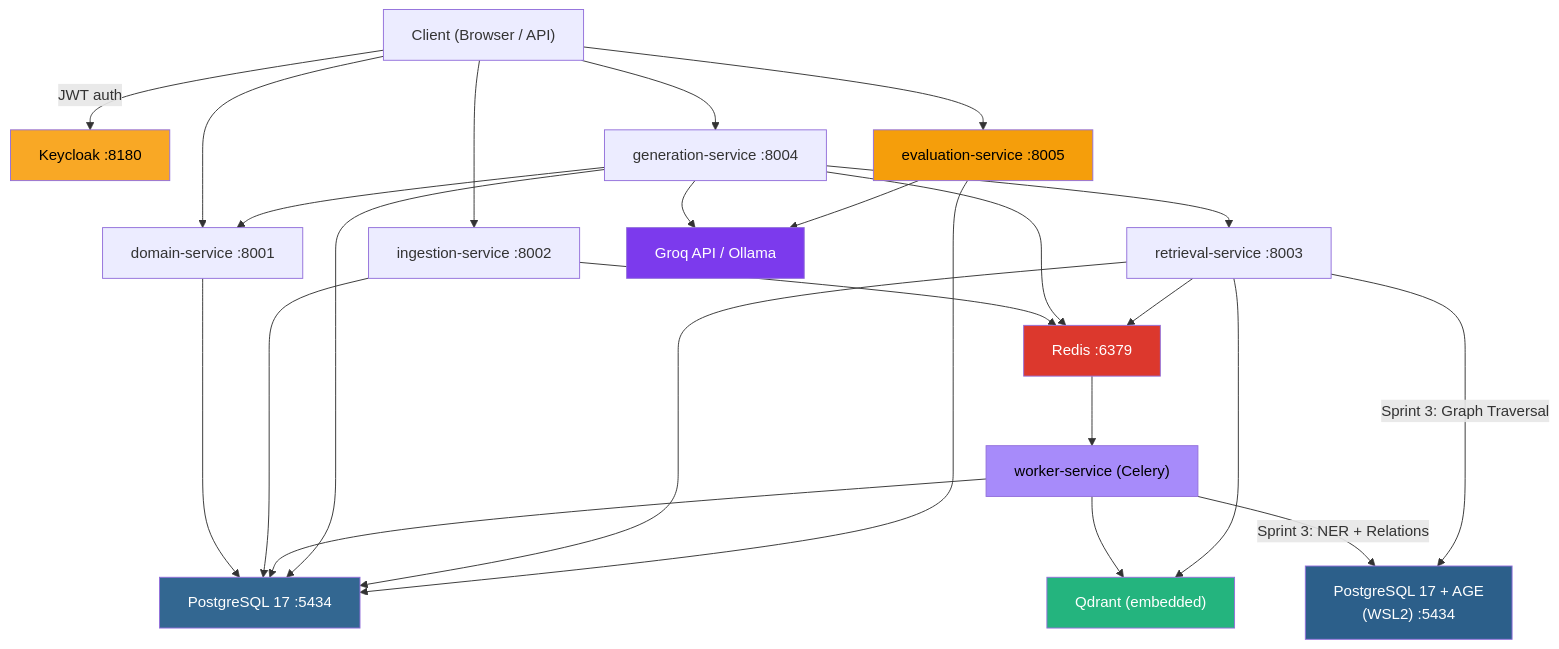
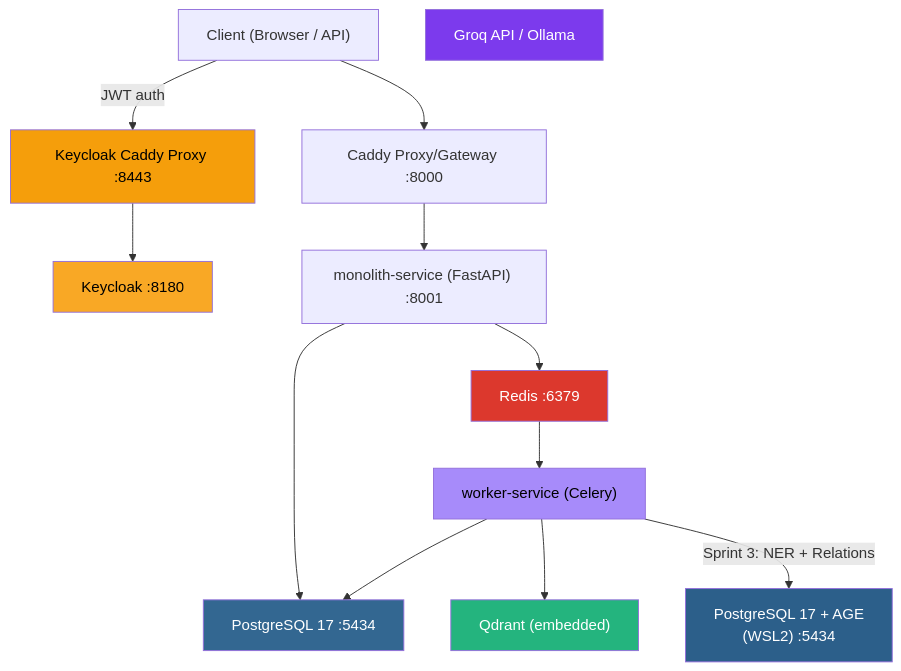
The first of 4 diagrams in README.md (Kyrollo/Chatbot-Fixed-Solutions-Rag-System), drawn with Mermaid before and after one commit. The commit also changed other lines of this file and 249 other files, not shown here.

````diff
--- a/README.md
+++ b/README.md
@@ -108,53 +93,35 @@
 ```mermaid
 flowchart TD
     Client["Client (Browser / API)"]
+    Caddy["Caddy Proxy/Gateway :8000"]
     KC["Keycloak :8180"]
-    DS["domain-service :8001"]
-    IS["ingestion-service :8002"]
-    RS["retrieval-service :8003"]
-    GS["generation-service :8004"]
-    ES["evaluation-service :8005"]
+    KCGateway["Keycloak Caddy Proxy :8443"]
+    DS["monolith-service (FastAPI) :8001"]
     WS["worker-service (Celery)"]
     PG["PostgreSQL 17 :5434"]
     PGWSL["PostgreSQL 17 + AGE\n(WSL2) :5434"]
     RD["Redis :6379"]
     QD["Qdrant (embedded)"]
     LLM["Groq API / Ollama"]
 
-    Client -->|JWT auth| KC
-    Client --> DS
-    Client --> IS
-    Client --> GS
-    Client --> ES
+    Client -->|JWT auth| KCGateway
+    KCGateway --> KC
+    Client --> Caddy
+    Caddy --> DS
 
     DS --> PG
-    IS --> PG
-    IS --> RD
+    DS --> RD
     RD --> WS
     WS --> PG
     WS --> QD
     WS -->|Sprint 3: NER + Relations| PGWSL
 
-    GS --> RS
-    GS --> DS
-    GS --> LLM
-    GS --> RD
-    GS --> PG
-
-    RS --> QD
-    RS --> PG
-    RS --> RD
-    RS -->|Sprint 3: Graph Traversal| PGWSL
-
-    ES --> PG
-    ES --> LLM
-
     style KC fill:#f9a825,color:#000
+    style KCGateway fill:#f59e0b,color:#000
     style PG fill:#336791,color:#fff
     style PGWSL fill:#2c5f8a,color:#fff
     style RD fill:#dc382d,color:#fff
     style QD fill:#24b47e,color:#fff
     style LLM fill:#7c3aed,color:#fff
     style WS fill:#a78bfa,color:#000
-    style ES fill:#f59e0b,color:#000
 ```
````
